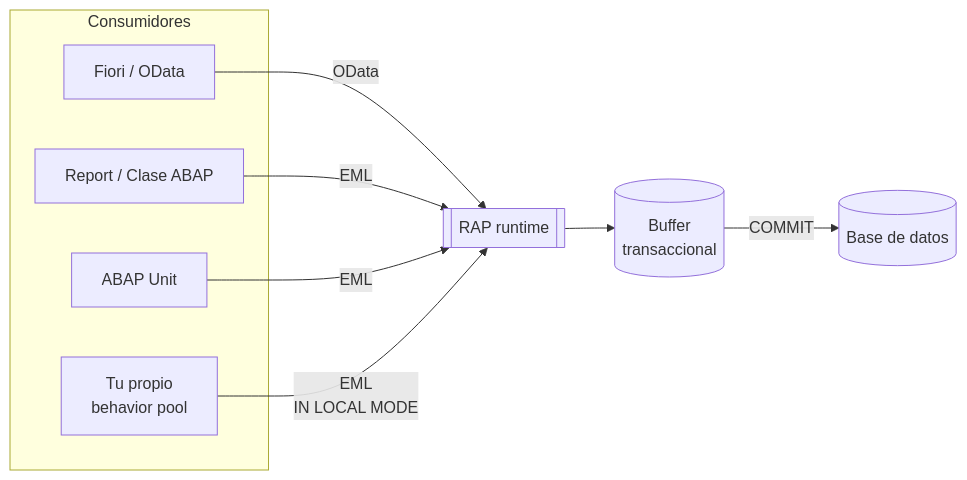
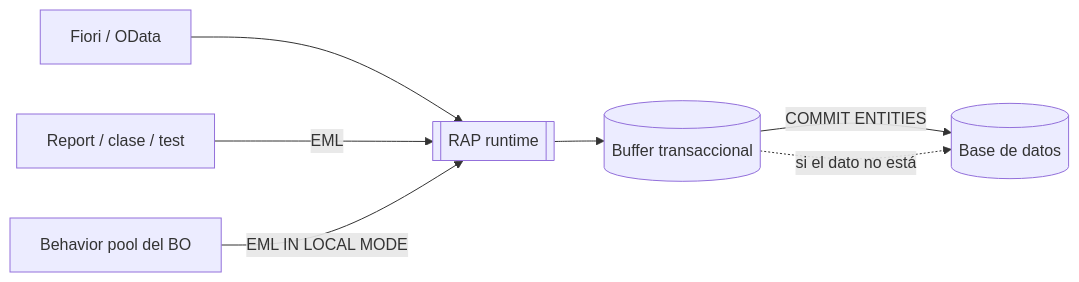
Before and after one commit to robergit88/RapDocu: the first of 3 diagrams in Docu/Cap04_EML_ES.md, drawn with Mermaid. The commit also changed other lines of this file, not shown here.

Commit message:
Capítulo 4 — Entity Manipulation Language (EML)

````diff
--- a/Docu/Cap04_EML_ES.md
+++ b/Docu/Cap04_EML_ES.md
@@ -48,15 +52,9 @@
 ```mermaid
 flowchart LR
-    subgraph Consumidores
-        UI[Fiori / OData]
-        REP[Report / Clase ABAP]
-        TEST[ABAP Unit]
-        BP[Tu propio<br/>behavior pool]
-    end
-    UI -- OData --> RT
-    REP -- EML --> RT
-    TEST -- EML --> RT
-    BP -- EML<br/>IN LOCAL MODE --> RT
-    RT[[RAP runtime]] --> BUF[(Buffer<br/>transaccional)]
-    BUF -- COMMIT --> DB[(Base de datos)]
+    UI[Fiori / OData] --> RT
+    REP[Report / clase / test] -- EML --> RT
+    BP[Behavior pool del BO] -- EML IN LOCAL MODE --> RT
+    RT[[RAP runtime]] --> BUF[(Buffer transaccional)]
+    BUF -- COMMIT ENTITIES --> DB[(Base de datos)]
+    BUF -. si el dato no está .-> DB
 ```
````
